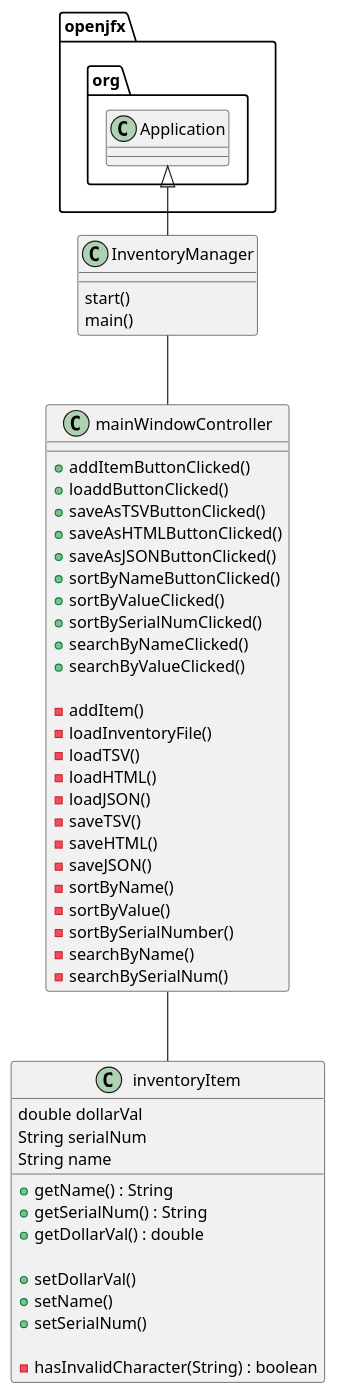
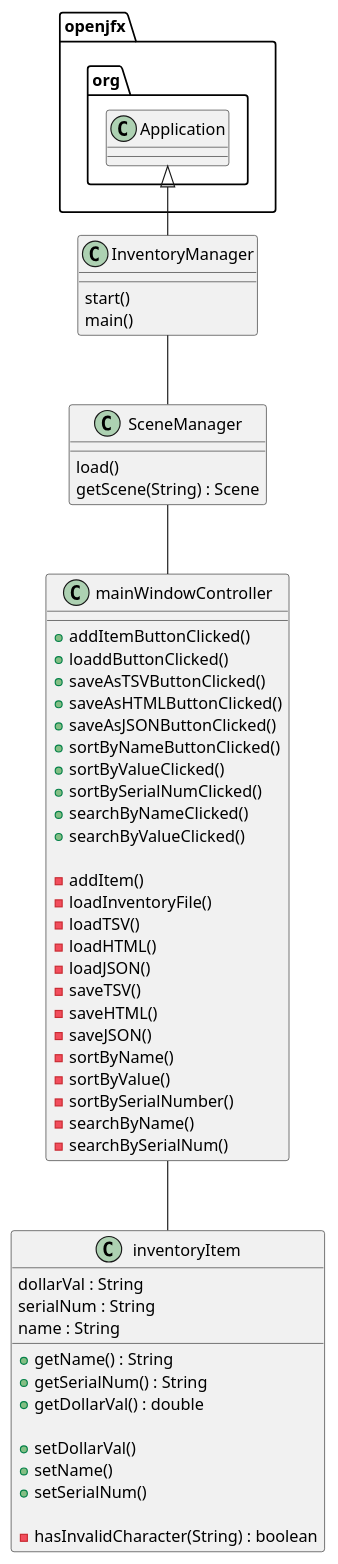
The diagram in uml/inventoryManager.puml (jasonsaini/Inventory-Manager), drawn with PlantUML before and after one commit. The commit also changed 12 other files, not shown here.

```diff
--- a/uml/inventoryManager.puml
+++ b/uml/inventoryManager.puml
@@ -1,58 +1,64 @@
 @startuml
 class InventoryManager
 {
     start()
     main()
 }
 
 class mainWindowController
 {
     + addItemButtonClicked()
     + loaddButtonClicked()
     + saveAsTSVButtonClicked()
     + saveAsHTMLButtonClicked()
     + saveAsJSONButtonClicked()
     + sortByNameButtonClicked()
     + sortByValueClicked()
     + sortBySerialNumClicked()
     + searchByNameClicked()
     + searchByValueClicked()
 
     - addItem()
     - loadInventoryFile()
     - loadTSV()
     - loadHTML()
     - loadJSON()
     - saveTSV()
     - saveHTML()
     - saveJSON()
     - sortByName()
     - sortByValue()
     - sortBySerialNumber()
     - searchByName()
     - searchBySerialNum()
 }
 
 class inventoryItem
 {
-    double dollarVal
-    String serialNum
-    String name
+    dollarVal : String
+    serialNum : String
+    name : String
 
     + getName() : String
     + getSerialNum() : String
     + getDollarVal() : double
 
     + setDollarVal()
     + setName()
     + setSerialNum()
 
     - hasInvalidCharacter(String) : boolean
 }
 
+class SceneManager
+{
+    load()
+    getScene(String) : Scene
+}
 
 
 openjfx.org.Application <|-- InventoryManager
-InventoryManager -- mainWindowController
+InventoryManager -- SceneManager
+SceneManager -- mainWindowController
 mainWindowController -- inventoryItem
 @enduml
```
